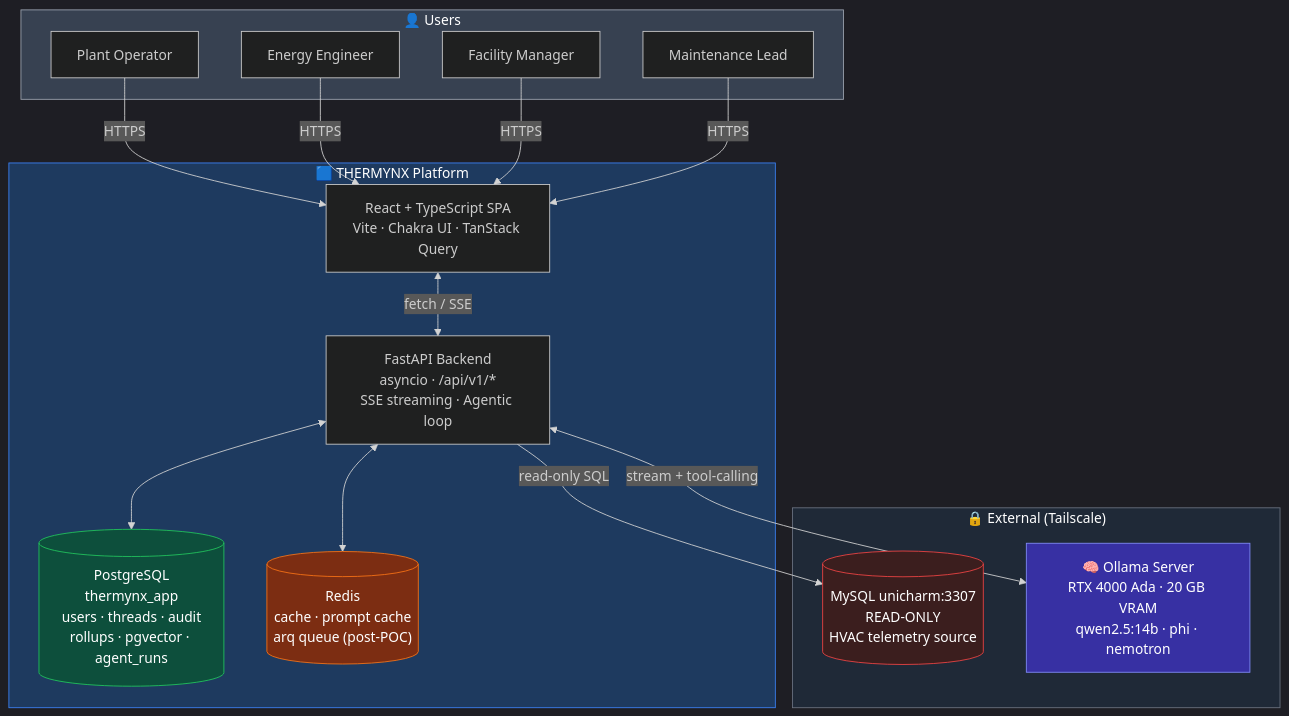
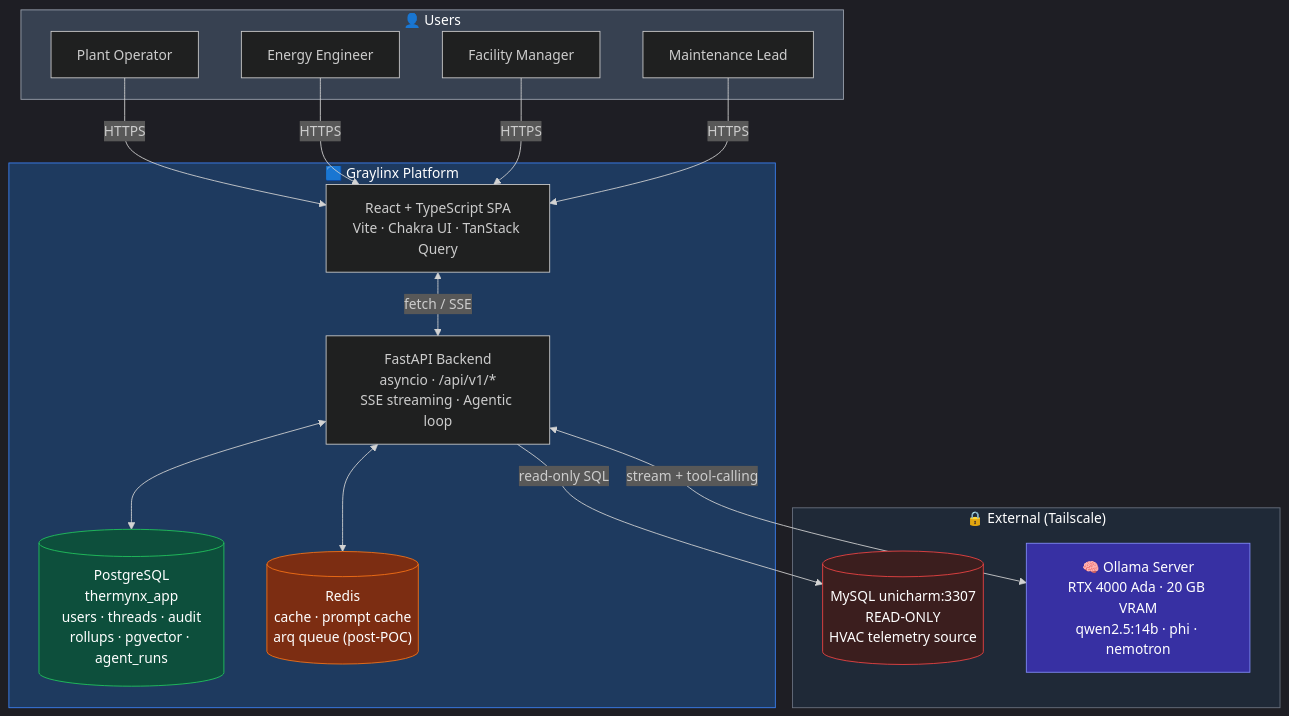
The diagram in docs/diagrams/01-system-context.mmd (Kimosabey/thermynx), drawn with Mermaid before and after one commit. The commit also changed 96 other files, not shown here.

First line of the commit message:
refactor: rename THERMYNX to Graylinx across all documentation and codebase

```diff
--- a/docs/diagrams/01-system-context.mmd
+++ b/docs/diagrams/01-system-context.mmd
@@ -1,43 +1,43 @@
 %%{init: {'theme': 'dark', 'themeVariables': {'fontSize': '16px'}}}%%
 flowchart TB
     subgraph Users["👤 Users"]
         Op["Plant Operator"]
         Eng["Energy Engineer"]
         Mgr["Facility Manager"]
         Maint["Maintenance Lead"]
     end
 
-    subgraph Thermynx["🟦 THERMYNX Platform"]
+    subgraph Graylinx["🟦 Graylinx Platform"]
         SPA["React + TypeScript SPA<br/>Vite · Chakra UI · TanStack Query"]
         API["FastAPI Backend<br/>asyncio · /api/v1/*<br/>SSE streaming · Agentic loop"]
         PG[("PostgreSQL<br/>thermynx_app<br/>users · threads · audit<br/>rollups · pgvector · agent_runs")]
         Redis[("Redis<br/>cache · prompt cache<br/>arq queue (post-POC)")]
     end
 
     subgraph External["🔒 External (Tailscale)"]
         MySQL[("MySQL unicharm:3307<br/>READ-ONLY<br/>HVAC telemetry source")]
         Ollama["🧠 Ollama Server<br/>RTX 4000 Ada · 20 GB VRAM<br/>qwen2.5:14b · phi · nemotron"]
     end
 
     Op & Eng & Mgr & Maint -->|HTTPS| SPA
     SPA <-->|fetch / SSE| API
     API <--> PG
     API <--> Redis
     API -->|read-only SQL| MySQL
     API <-->|stream + tool-calling| Ollama
 
     classDef platform fill:#1e3a5f,stroke:#3b82f6,color:#fff
     classDef external fill:#1f2937,stroke:#6b7280,color:#fff
     classDef users fill:#374151,stroke:#9ca3af,color:#fff
     classDef pg fill:#0d4f3c,stroke:#22c55e,color:#fff
     classDef cache fill:#7c2d12,stroke:#f97316,color:#fff
     classDef mysql fill:#3b1e1e,stroke:#ef4444,color:#fff
     classDef llm fill:#3730a3,stroke:#818cf8,color:#fff
 
-    class Thermynx platform
+    class Graylinx platform
     class External external
     class Users users
     class PG pg
     class Redis cache
     class MySQL mysql
     class Ollama llm
```
